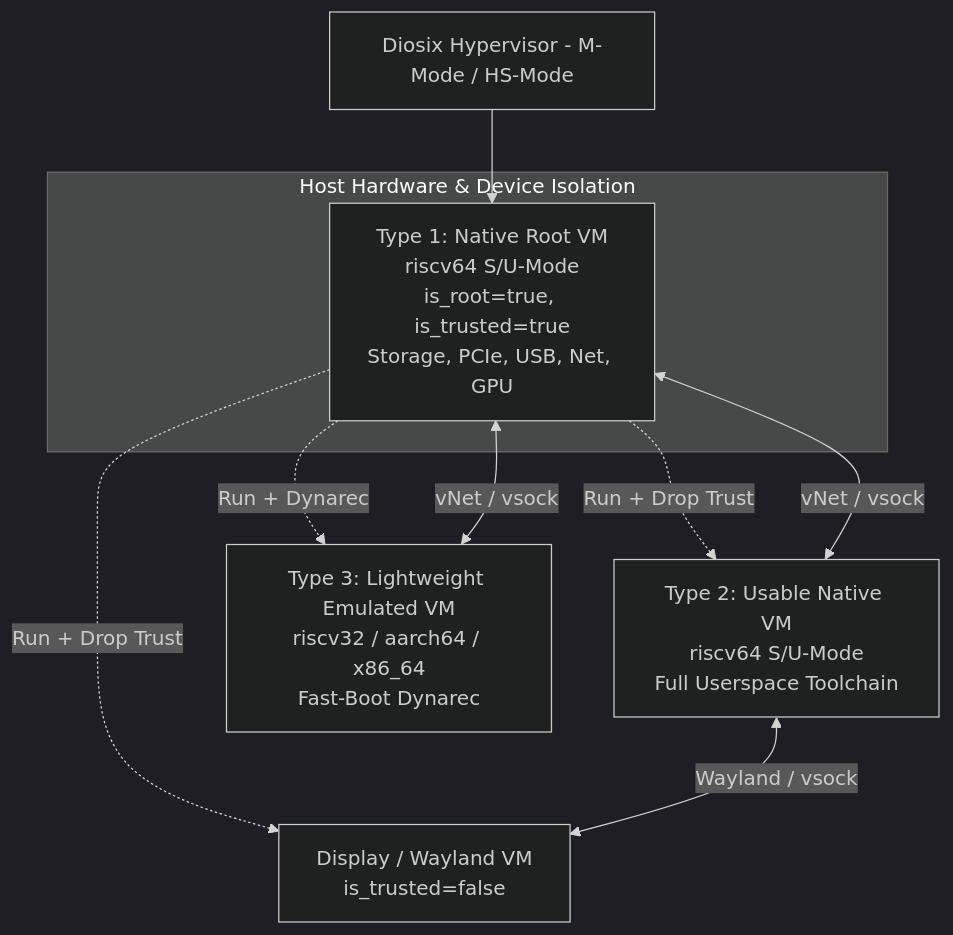
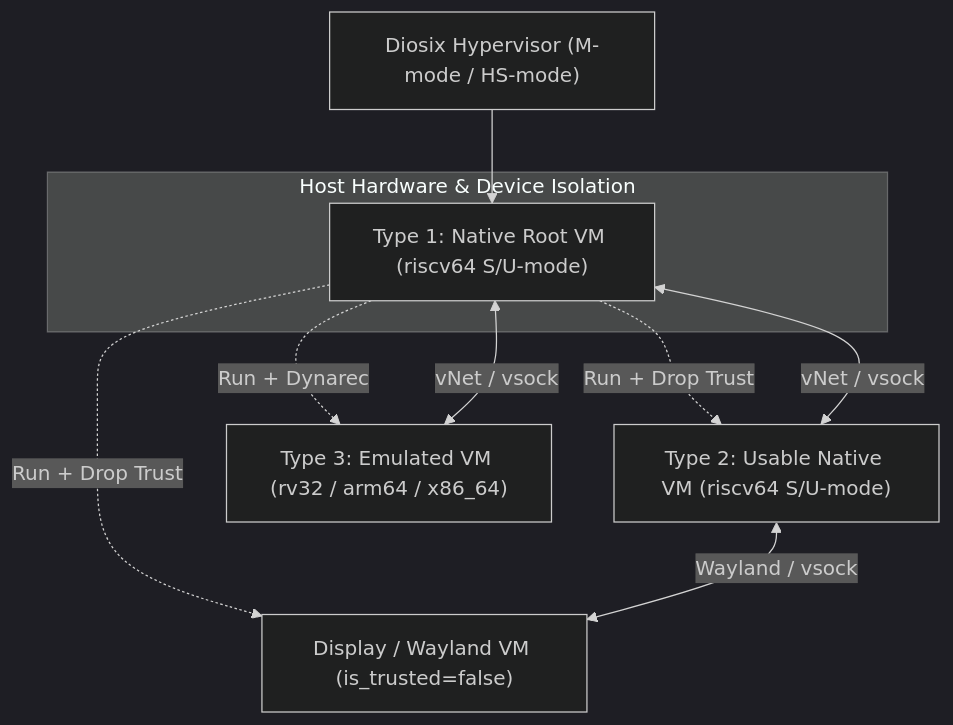
One commit to diodesign/diosix changed the first of 2 diagrams in docs/guest-virtualization-plan.md. Above: the diagram before and after it, drawn with Mermaid (dark theme). The commit also changed other lines of this file and 38 other files, not shown here.

````diff
--- a/docs/guest-virtualization-plan.md
+++ b/docs/guest-virtualization-plan.md
@@ -11,16 +14,20 @@
 ```mermaid
 graph TD
-    M[Diosix Hypervisor - M-Mode / HS-Mode] --> RootVM
-    
-    subgraph Host Hardware & Device Isolation
-        RootVM[Type 1: Native Root VM<br/>riscv64 S/U-Mode<br/>is_root=true, is_trusted=true<br/>Storage, PCIe, USB, Net, GPU]
+    M["Diosix Hypervisor (M-mode / HS-mode)"] --> RootVM
+
+    subgraph "Host Hardware & Device Isolation"
+        RootVM["Type 1: Native Root VM (riscv64 S/U-mode)"]
     end
 
-    RootVM -. Run + Drop Trust .-> DisplayVM[Display / Wayland VM<br/>is_trusted=false]
-    RootVM -. Run + Drop Trust .-> NativeVM[Type 2: Usable Native VM<br/>riscv64 S/U-Mode<br/>Full Userspace Toolchain]
-    RootVM -. Run + Dynarec .-> NonNativeVM[Type 3: Lightweight Emulated VM<br/>riscv32 / aarch64 / x86_64<br/>Fast-Boot Dynarec]
+    DisplayVM["Display / Wayland VM (is_trusted=false)"]
+    NativeVM["Type 2: Usable Native VM (riscv64 S/U-mode)"]
+    NonNativeVM["Type 3: Emulated VM (rv32 / arm64 / x86_64)"]
+
+    RootVM -. Run + Drop Trust .-> DisplayVM
+    RootVM -. Run + Drop Trust .-> NativeVM
+    RootVM -. Run + Dynarec .-> NonNativeVM
 
     NativeVM <-->|vNet / vsock| RootVM
     NonNativeVM <-->|vNet / vsock| RootVM
     NativeVM <-->|Wayland / vsock| DisplayVM
 ```
````
